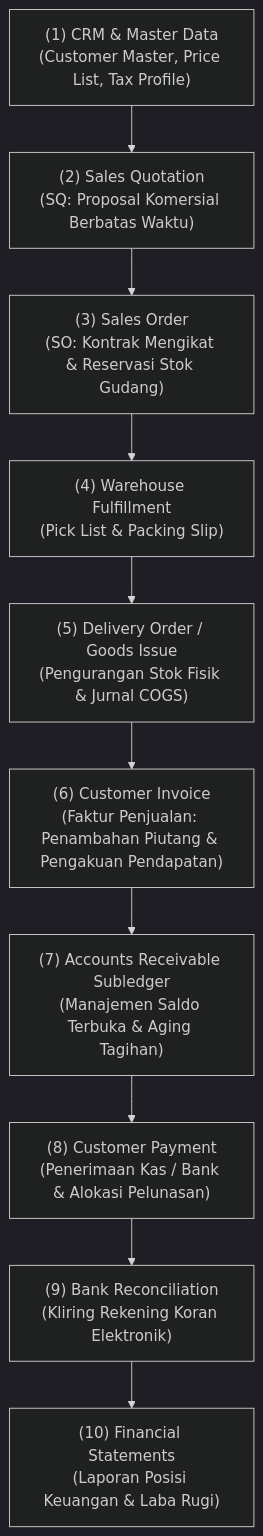
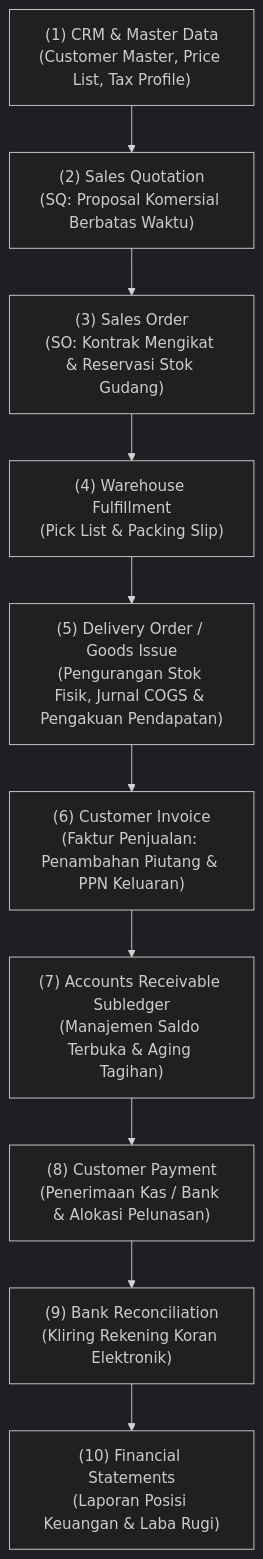
One commit to alimurrofid/erp-notes changed the first of 2 diagrams in content/03-sales/order-to-cash-integration.md. Above: the diagram before and after it, drawn with Mermaid (dark theme). The commit also changed other lines of this file and 4 other files, not shown here.

````diff
--- a/content/03-sales/order-to-cash-integration.md
+++ b/content/03-sales/order-to-cash-integration.md
@@ -21,16 +21,16 @@
 ```mermaid
 flowchart TD
     CRM["(1) CRM & Master Data<br/>(Customer Master, Price List, Tax Profile)"]
     --> Quot["(2) Sales Quotation<br/>(SQ: Proposal Komersial Berbatas Waktu)"]
     --> SO["(3) Sales Order<br/>(SO: Kontrak Mengikat & Reservasi Stok Gudang)"]
     
     SO --> WMS["(4) Warehouse Fulfillment<br/>(Pick List & Packing Slip)"]
-    WMS --> DO["(5) Delivery Order / Goods Issue<br/>(Pengurangan Stok Fisik & Jurnal COGS)"]
+    WMS --> DO["(5) Delivery Order / Goods Issue<br/>(Pengurangan Stok Fisik, Jurnal COGS & Pengakuan Pendapatan)"]
     
-    DO --> INV["(6) Customer Invoice<br/>(Faktur Penjualan: Penambahan Piutang & Pengakuan Pendapatan)"]
+    DO --> INV["(6) Customer Invoice<br/>(Faktur Penjualan: Penambahan Piutang & PPN Keluaran)"]
     INV --> AR["(7) Accounts Receivable Subledger<br/>(Manajemen Saldo Terbuka & Aging Tagihan)"]
     
     AR --> PAY["(8) Customer Payment<br/>(Penerimaan Kas / Bank & Alokasi Pelunasan)"]
     PAY --> REC["(9) Bank Reconciliation<br/>(Kliring Rekening Koran Elektronik)"]
     REC --> FIN["(10) Financial Statements<br/>(Laporan Posisi Keuangan & Laba Rugi)"]
 ```
````
